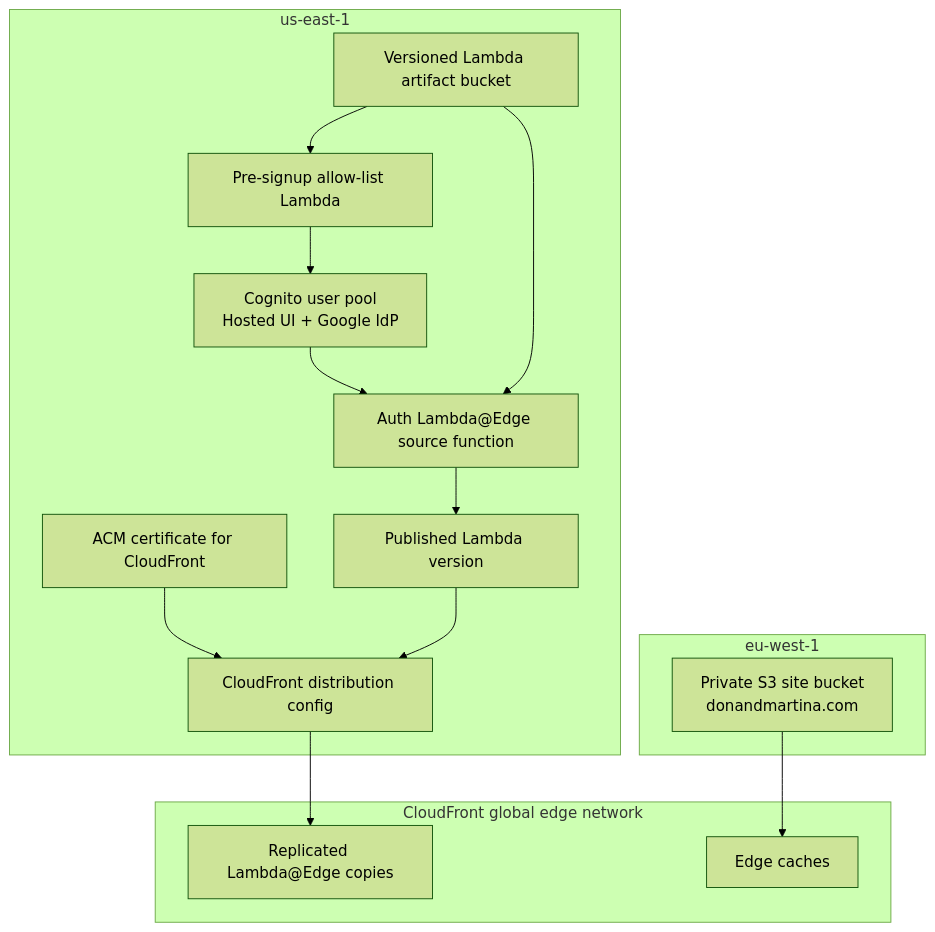
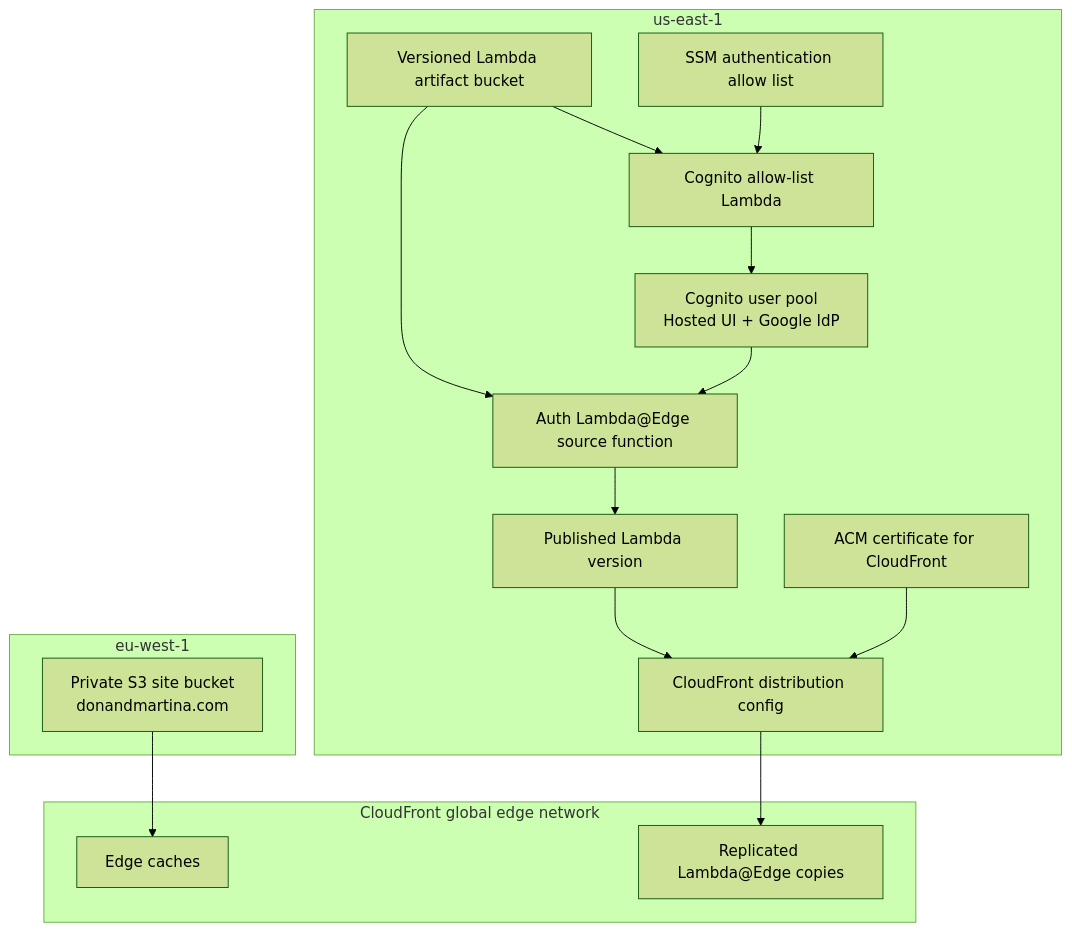
Before and after one commit to donvince/donandmartina.com: the third of 3 diagrams in docs/us-east-1-coupling.md, drawn with Mermaid (forest theme). The commit also changed other lines of this file and 16 other files, not shown here.

Commit message:
Consolidate Cognito allow-list deployment

````diff
--- a/docs/us-east-1-coupling.md
+++ b/docs/us-east-1-coupling.md
@@ -60,31 +60,33 @@
 ```mermaid
 flowchart TB
   subgraph USE1["us-east-1"]
     Artifacts["Versioned Lambda artifact bucket"]
+    AccessConfig["SSM authentication allow list"]
     Cognito["Cognito user pool\nHosted UI + Google IdP"]
-    PreSignup["Pre-signup allow-list Lambda"]
+    CognitoAllowList["Cognito allow-list Lambda"]
     AuthSource["Auth Lambda@Edge source function"]
     AuthVersion["Published Lambda version"]
     ACM["ACM certificate for CloudFront"]
     CFConfig["CloudFront distribution config"]
   end
 
   subgraph Global["CloudFront global edge network"]
     EdgeCopies["Replicated Lambda@Edge copies"]
     Cache["Edge caches"]
   end
 
   subgraph EUW1["eu-west-1"]
     SiteBucket["Private S3 site bucket\ndonandmartina.com"]
   end
 
-  Artifacts --> PreSignup
-  PreSignup --> Cognito
+  Artifacts --> CognitoAllowList
+  AccessConfig --> CognitoAllowList
+  CognitoAllowList --> Cognito
   Cognito --> AuthSource
   Artifacts --> AuthSource
   AuthSource --> AuthVersion
   ACM --> CFConfig
   AuthVersion --> CFConfig
   CFConfig --> EdgeCopies
   SiteBucket --> Cache
 ```
````
